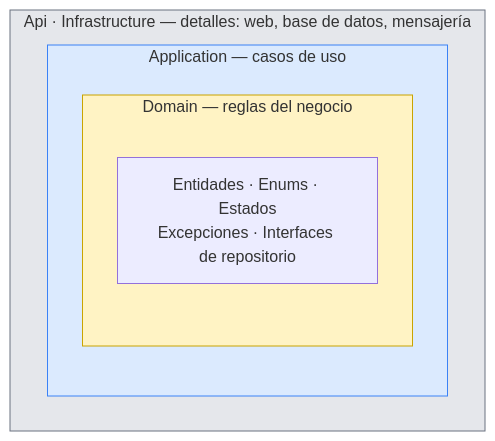
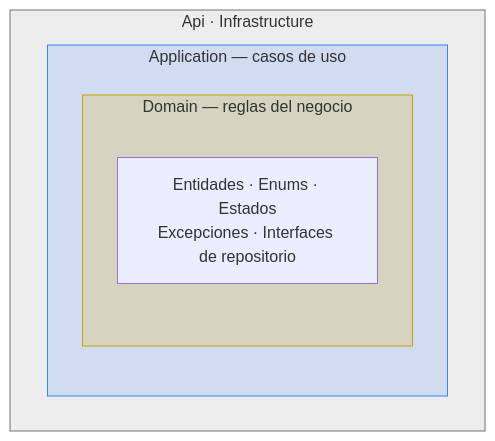
Before and after one commit to SemilleroSOLID/clean-architecture-api: the second of 10 diagrams in README.md, drawn with Mermaid. The commit also changed other lines of this file and 2 other files, not shown here.

Commit message:
docs: translucent layer colors so the diagrams read well in GitHub dark mode (#28)

````diff
--- a/README.md
+++ b/README.md
@@ -173,13 +173,13 @@
 ```mermaid
 flowchart TB
-    subgraph L4["Api · Infrastructure  —  detalles: web, base de datos, mensajería"]
+    subgraph L4["Api · Infrastructure"]
         subgraph L2["Application  —  casos de uso"]
             subgraph L1["Domain  —  reglas del negocio"]
                 D["Entidades · Enums · Estados<br/>Excepciones · Interfaces de repositorio"]
             end
         end
     end
-    style L1 fill:#fff3c4,stroke:#c9a400
-    style L2 fill:#dbeafe,stroke:#3b82f6
-    style L4 fill:#e5e7eb,stroke:#6b7280
+    style L1 fill:#eab30833,stroke:#c9a400
+    style L2 fill:#3b82f629,stroke:#3b82f6
+    style L4 fill:#80808024,stroke:#6b7280
 ```
````
